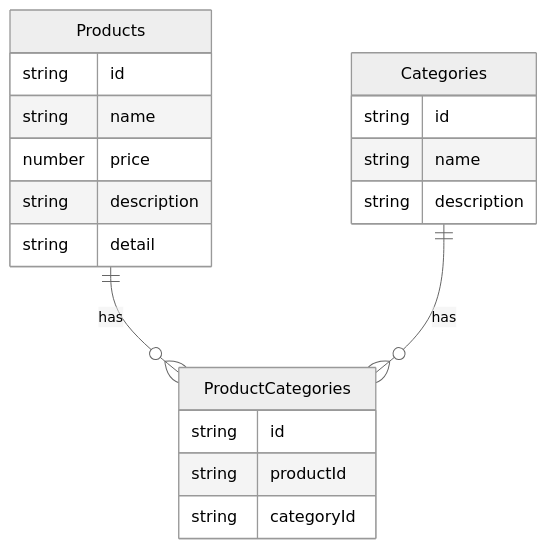
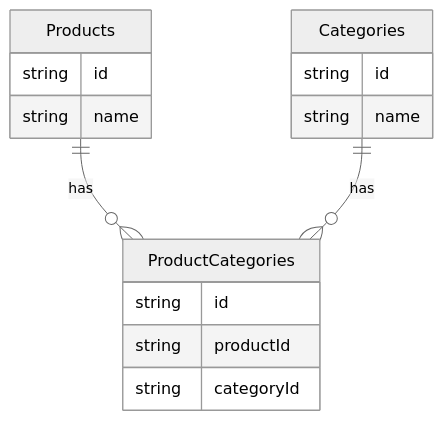
The fourth of 4 diagrams in docs/content/1.guides/1.data.md (aa900031/ginjou), drawn with Mermaid (neutral theme) before and after one commit. The commit also changed other lines of this file and 173 other files, not shown here.

````diff
--- a/docs/content/1.guides/1.data.md
+++ b/docs/content/1.guides/1.data.md
@@ -392,22 +599,18 @@
 ```mermaid
 erDiagram
     Products ||--o{ ProductCategories : "has"
     Categories ||--o{ ProductCategories : "has"
     Products {
         string id
         string name
-        number price
-        string description
-        string detail
     }
     ProductCategories {
         string id
         string productId
         string categoryId
     }
     Categories {
         string id
         string name
-        string description
     }
 ```
````
